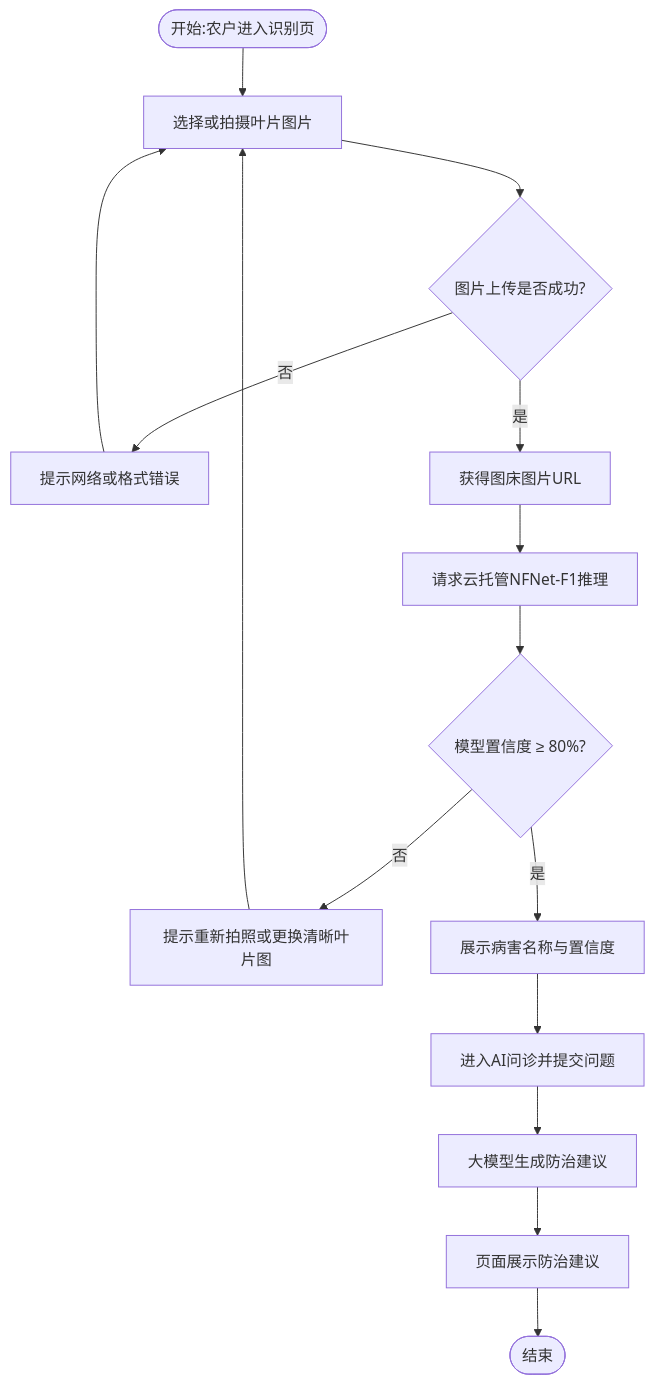
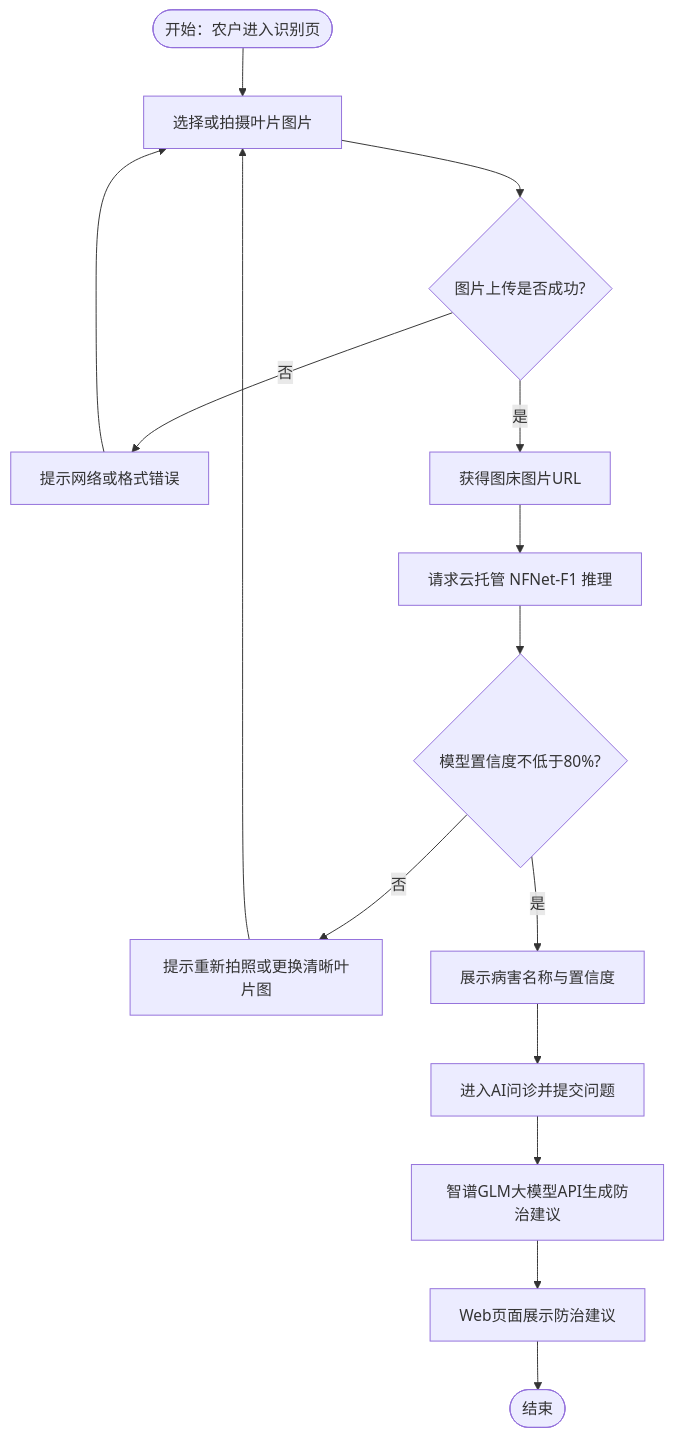
Before and after one commit to caicaiyueya/CropDoc-web-: the fourth of 6 diagrams in docs/UML全套软件工程图表.md, drawn with Mermaid. The commit also changed other lines of this file and 15 other files, not shown here.

````diff
--- a/docs/UML全套软件工程图表.md
+++ b/docs/UML全套软件工程图表.md
@@ -160,17 +160,17 @@
 ```mermaid
 flowchart TD
-  Start([开始:农户进入识别页]) --> Choose[选择或拍摄叶片图片]
+  Start(["开始：农户进入识别页"]) --> Choose[选择或拍摄叶片图片]
   Choose --> Up{图片上传是否成功?}
   Up -->|否| Err1[提示网络或格式错误]
   Err1 --> Choose
   Up -->|是| URL[获得图床图片URL]
-  URL --> Call[请求云托管NFNet-F1推理]
-  Call --> Conf{模型置信度 ≥ 80%?}
+  URL --> Call["请求云托管 NFNet-F1 推理"]
+  Call --> Conf{"模型置信度不低于80%?"}
   Conf -->|否| Err2[提示重新拍照或更换清晰叶片图]
   Err2 --> Choose
   Conf -->|是| Show[展示病害名称与置信度]
   Show --> Ask[进入AI问诊并提交问题]
-  Ask --> LLM[大模型生成防治建议]
-  LLM --> ShowAdv[页面展示防治建议]
+  Ask --> LLM[智谱GLM大模型API生成防治建议]
+  LLM --> ShowAdv[Web页面展示防治建议]
   ShowAdv --> End([结束])
 ```
````
